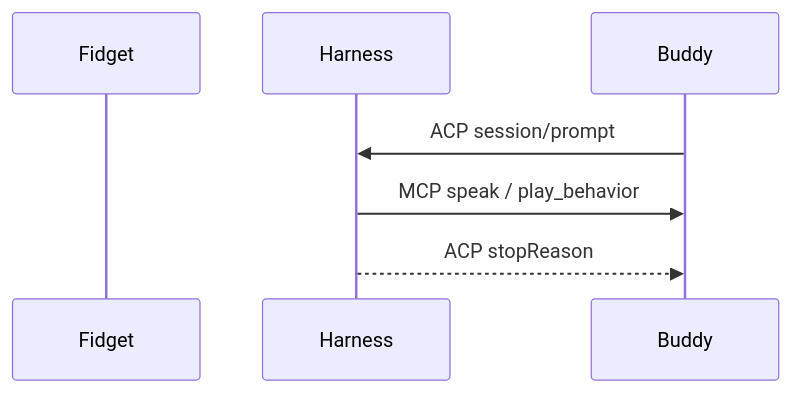
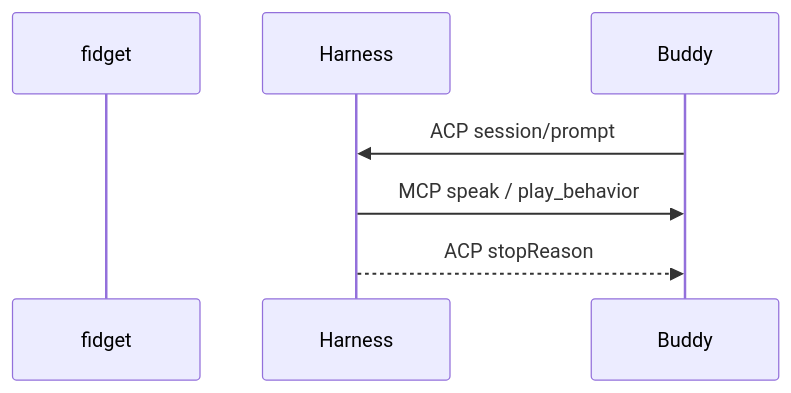
Before and after one commit to omesser/ai-buddy: the diagram in docs/research/fidget-harness-two-way.md, drawn with Mermaid. The commit also changed other lines of this file and 90 other files, not shown here.

````diff
--- a/docs/research/fidget-harness-two-way.md
+++ b/docs/research/fidget-harness-two-way.md
@@ -40,8 +40,8 @@
 ```mermaid
 sequenceDiagram
-  participant Fidget as Fidget
+  participant fidget as fidget
   participant Agent as Harness
   Buddy->>Agent: ACP session/prompt
   Agent->>Buddy: MCP speak / play_behavior
   Agent-->>Buddy: ACP stopReason
 ```
````
